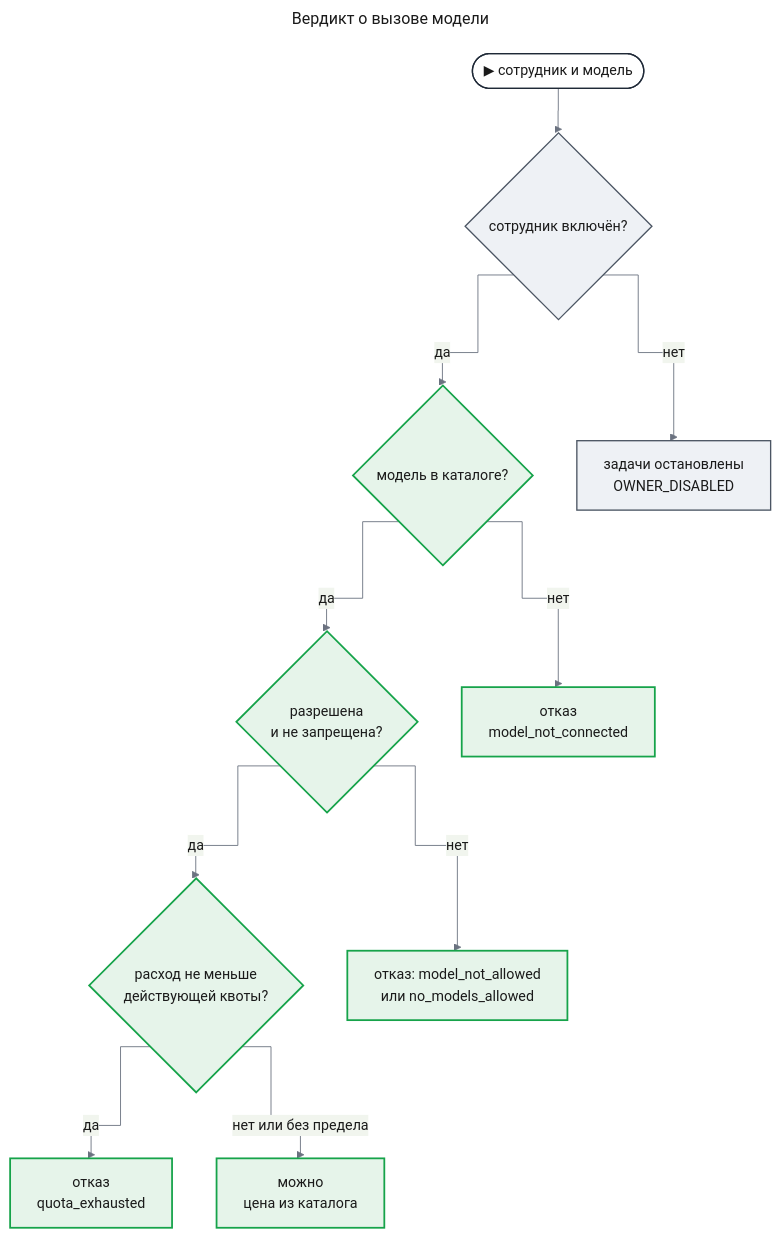
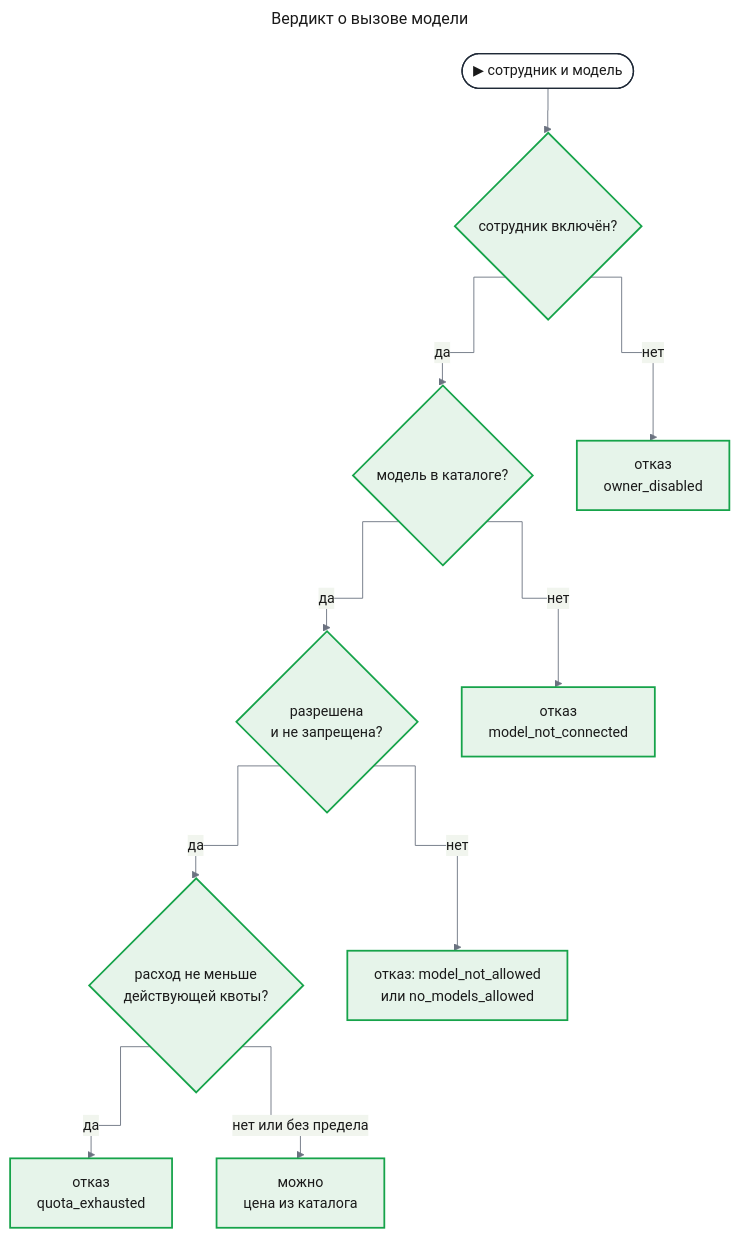
The third of 6 diagrams in docs/features/enterprise-access/design-access.md (tundraray/agent-os), drawn with Mermaid before and after one commit. The commit also changed other lines of this file and 1 other file, not shown here.

Commit message:
docs(enterprise-access): drop the access explanation and stop blocked owners at the gate

````diff
--- a/docs/features/enterprise-access/design-access.md
+++ b/docs/features/enterprise-access/design-access.md
@@ -324,41 +323,40 @@
 ```mermaid
 ---
 title: "Вердикт о вызове модели"
 config:
   theme: base
   look: classic
   themeVariables:
     primaryColor: "#eef1f5"
     primaryBorderColor: "#4b5563"
     primaryTextColor: "#1a1a1a"
     lineColor: "#6b7280"
   flowchart:
     curve: step
 ---
 flowchart TD
     ask(["▶ сотрудник и модель"])
     active{"сотрудник включён?"}
     cat{"модель в каталоге?"}
     allow{"разрешена<br/>и не запрещена?"}
     quota{"расход не меньше<br/>действующей квоты?"}
-    stop["задачи остановлены<br/>OWNER_DISABLED"]
+    stop["отказ<br/>owner_disabled"]
     nc["отказ<br/>model_not_connected"]
     na["отказ: model_not_allowed<br/>или no_models_allowed"]
     qe["отказ<br/>quota_exhausted"]
     go["можно<br/>цена из каталога"]
     ask --> active
     active -->|"нет"| stop
     active -->|"да"| cat
     cat -->|"нет"| nc
     cat -->|"да"| allow
     allow -->|"нет"| na
     allow -->|"да"| quota
     quota -->|"да"| qe
     quota -->|"нет или без предела"| go
     classDef entry fill:#ffffff,stroke:#1f2937,stroke-width:1.5px,color:#1a1a1a
     classDef new fill:#e6f4ea,stroke:#16a34a,stroke-width:2px,color:#1a1a1a
     classDef unchanged fill:#eef1f5,stroke:#4b5563,stroke-width:1.5px,color:#1a1a1a
     class ask entry
-    class cat,allow,quota,nc,na,qe,go new
-    class active,stop unchanged
+    class active,stop,cat,allow,quota,nc,na,qe,go new
 ```
````
